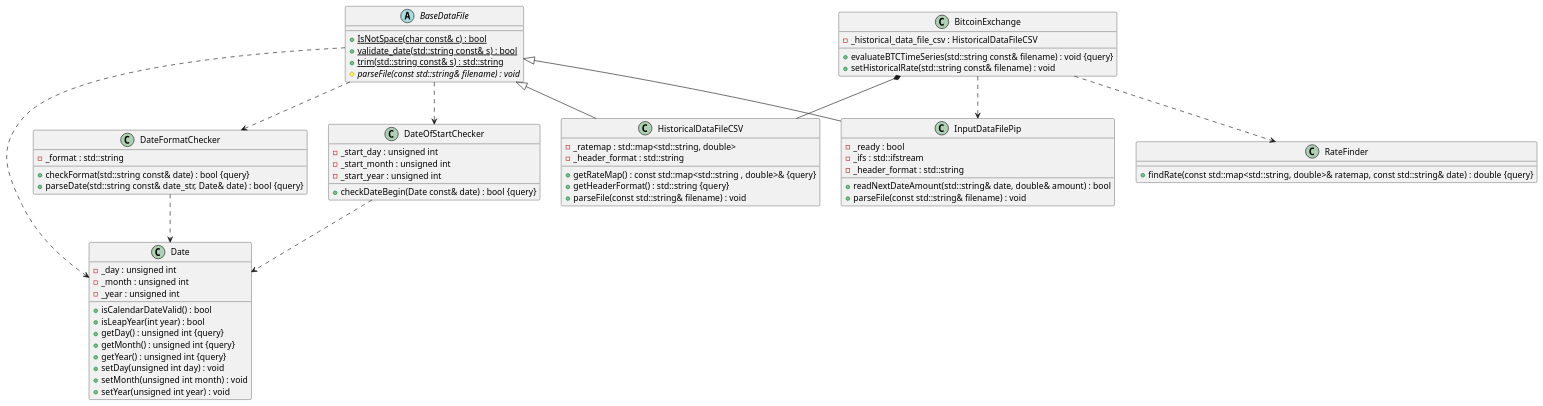
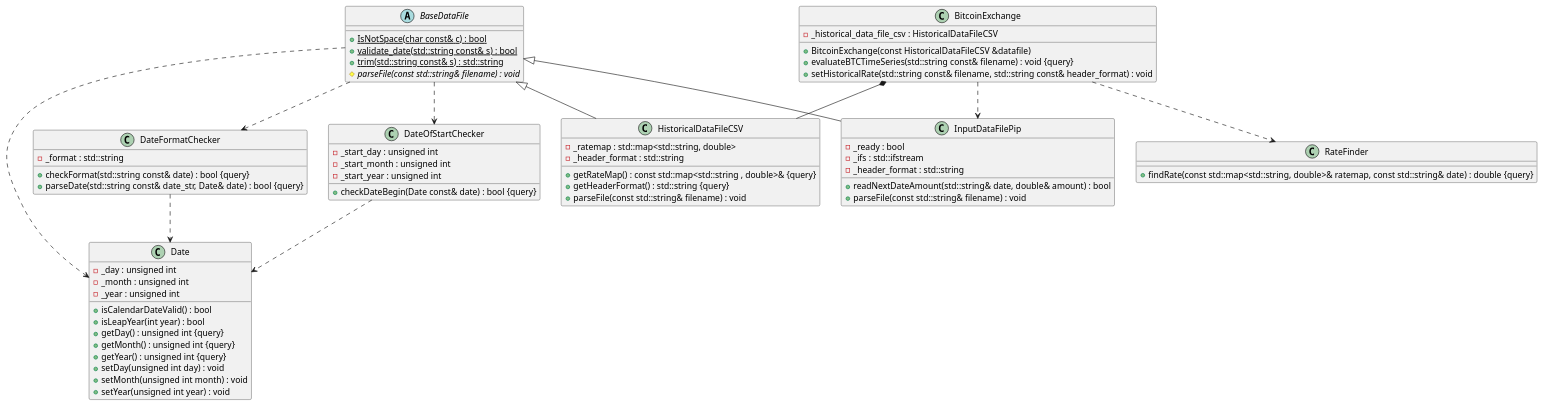
One commit to ra121e/cpp09 changed the diagram in ex00/btc.puml. Above: the diagram before and after it, drawn with PlantUML. The commit also changed 4 other files, not shown here.

```diff
--- a/ex00/btc.puml
+++ b/ex00/btc.puml
@@ -1,108 +1,109 @@
 @startuml btc
 
 /' Objects '/
 
 abstract class BaseDataFile {
     +{static} IsNotSpace(char const& c) : bool
     +{static} validate_date(std::string const& s) : bool
     +{static} trim(std::string const& s) : std::string
     #{abstract} parseFile(const std::string& filename) : void
 }
 
 
 class BitcoinExchange {
+    +BitcoinExchange(const HistoricalDataFileCSV &datafile)
     -_historical_data_file_csv : HistoricalDataFileCSV
     +evaluateBTCTimeSeries(std::string const& filename) : void {query}
-    +setHistoricalRate(std::string const& filename) : void
+    +setHistoricalRate(std::string const& filename, std::string const& header_format) : void
 }
 
 
 class Date {
     +isCalendarDateValid() : bool
     +isLeapYear(int year) : bool
     -_day : unsigned int
     -_month : unsigned int
     -_year : unsigned int
     +getDay() : unsigned int {query}
     +getMonth() : unsigned int {query}
     +getYear() : unsigned int {query}
     +setDay(unsigned int day) : void
     +setMonth(unsigned int month) : void
     +setYear(unsigned int year) : void
 }
 
 
 class DateFormatChecker {
     +checkFormat(std::string const& date) : bool {query}
     +parseDate(std::string const& date_str, Date& date) : bool {query}
     -_format : std::string
 }
 
 
 class DateOfStartChecker {
     +checkDateBegin(Date const& date) : bool {query}
     -_start_day : unsigned int
     -_start_month : unsigned int
     -_start_year : unsigned int
 }
 
 
 class HistoricalDataFileCSV {
     +getRateMap() : const std::map<std::string , double>& {query}
     -_ratemap : std::map<std::string, double>
     -_header_format : std::string
     +getHeaderFormat() : std::string {query}
     +parseFile(const std::string& filename) : void
 }
 
 
 class InputDataFilePip {
     -_ready : bool
     +readNextDateAmount(std::string& date, double& amount) : bool
     -_ifs : std::ifstream
     -_header_format : std::string
     +parseFile(const std::string& filename) : void
 }
 
 
 class RateFinder {
     +findRate(const std::map<std::string, double>& ratemap, const std::string& date) : double {query}
 }
 
 
 
 
 
 /' Inheritance relationships '/
 
 BaseDataFile <|-- HistoricalDataFileCSV
 BaseDataFile <|-- InputDataFilePip
 
 
 
 
 
 /' Aggregation relationships '/
 
 BitcoinExchange *-- HistoricalDataFileCSV
 
 
 
 
 
 
 
 /' Dependency relationships '/
 
 BaseDataFile ..> DateFormatChecker
 BaseDataFile ..> DateOfStartChecker
 BaseDataFile ..> Date
 
 DateFormatChecker ..> Date
 DateOfStartChecker ..> Date
 
 BitcoinExchange ..> InputDataFilePip
 BitcoinExchange ..> RateFinder
 
 
 @enduml
```
